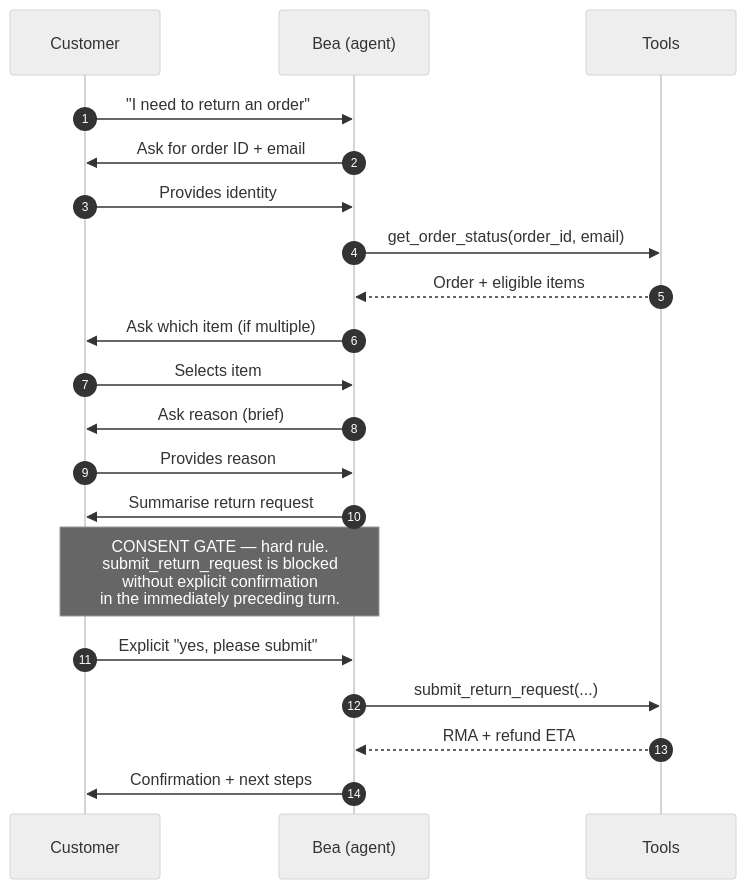
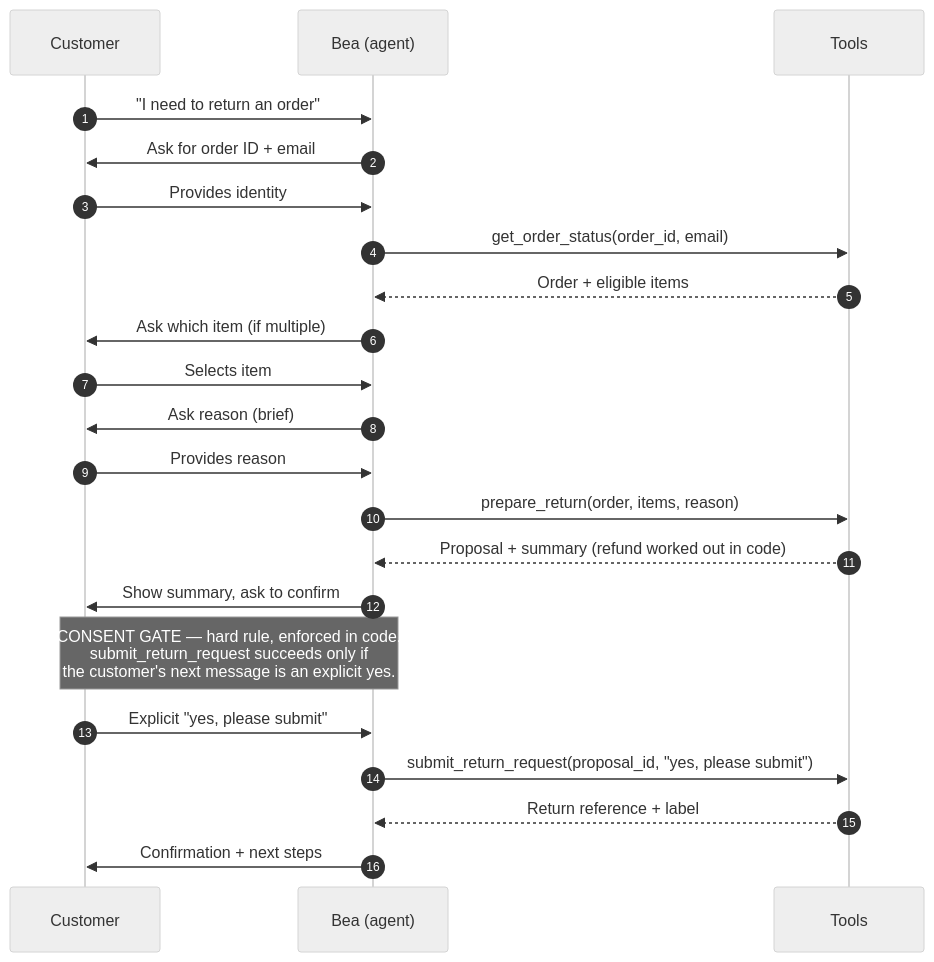
Before and after one commit to MumboJumbo123/bookly-agent: the first of 2 diagrams in DESIGN_APPENDIX.md, drawn with Mermaid (neutral theme). The commit also changed other lines of this file and 3 other files, not shown here.

First line of the commit message:
Update docs for proposal-bound consent, evals and replays

````diff
--- a/DESIGN_APPENDIX.md
+++ b/DESIGN_APPENDIX.md
@@ -11,22 +11,24 @@
 ```mermaid
 sequenceDiagram
     autonumber
     participant C as Customer
     participant A as Bea (agent)
     participant T as Tools
     C->>A: "I need to return an order"
     A->>C: Ask for order ID + email
     C->>A: Provides identity
     A->>T: get_order_status(order_id, email)
     T-->>A: Order + eligible items
     A->>C: Ask which item (if multiple)
     C->>A: Selects item
     A->>C: Ask reason (brief)
     C->>A: Provides reason
-    A->>C: Summarise return request
-    Note over A,C: CONSENT GATE — hard rule.<br/>submit_return_request is blocked<br/>without explicit confirmation<br/>in the immediately preceding turn.
+    A->>T: prepare_return(order, items, reason)
+    T-->>A: Proposal + summary (refund worked out in code)
+    A->>C: Show summary, ask to confirm
+    Note over A,C: CONSENT GATE — hard rule, enforced in code.<br/>submit_return_request succeeds only if<br/>the customer's next message is an explicit yes.
     C->>A: Explicit "yes, please submit"
-    A->>T: submit_return_request(...)
-    T-->>A: RMA + refund ETA
+    A->>T: submit_return_request(proposal_id, "yes, please submit")
+    T-->>A: Return reference + label
     A->>C: Confirmation + next steps
 ```
````
